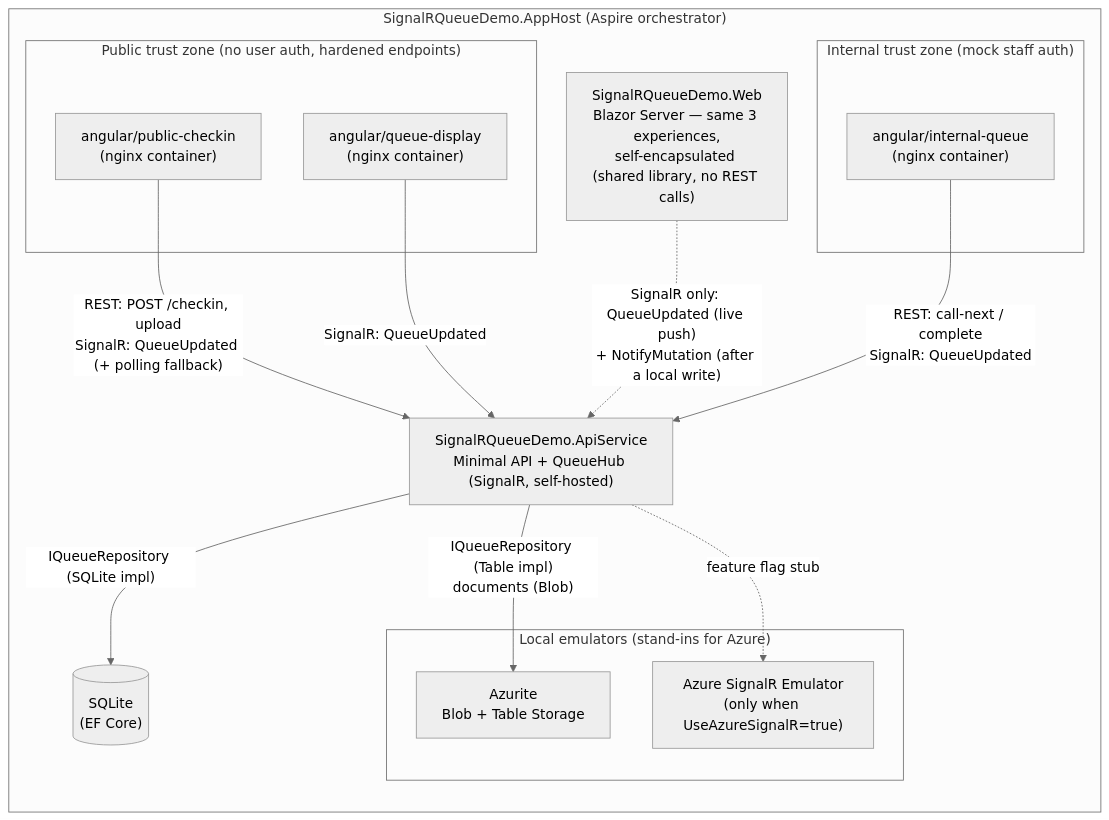
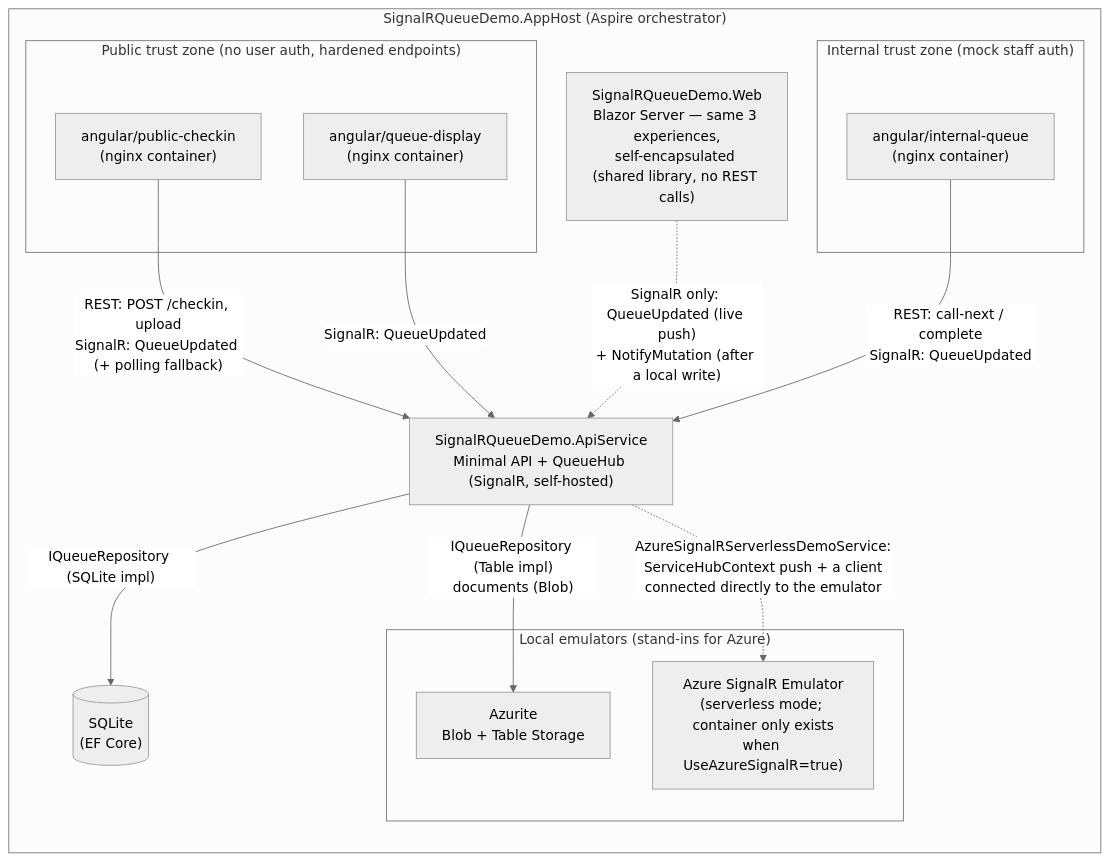
Before and after one commit to glensouza/signalr-queue-demo: the first of 2 diagrams in docs/architecture.md, drawn with Mermaid (neutral theme). The commit also changed other lines of this file and 11 other files, not shown here.

First line of the commit message:
UseAzureSignalR feature flag: default-mode stub + serverless emulator round-trip

````diff
--- a/docs/architecture.md
+++ b/docs/architecture.md
@@ -9,34 +9,34 @@
 ```mermaid
 flowchart TB
     subgraph AppHost["SignalRQueueDemo.AppHost (Aspire orchestrator)"]
         direction TB
 
         subgraph public["Public trust zone (no user auth, hardened endpoints)"]
             checkin["angular/public-checkin<br/>(nginx container)"]
             display["angular/queue-display<br/>(nginx container)"]
         end
 
         subgraph internal["Internal trust zone (mock staff auth)"]
             staff["angular/internal-queue<br/>(nginx container)"]
         end
 
         blazor["SignalRQueueDemo.Web<br/>Blazor Server — same 3 experiences,<br/>self-encapsulated (shared library, no REST calls)"]
 
         api["SignalRQueueDemo.ApiService<br/>Minimal API + QueueHub (SignalR, self-hosted)"]
 
         subgraph emulators["Local emulators (stand-ins for Azure)"]
             azurite["Azurite<br/>Blob + Table Storage"]
-            sigemu["Azure SignalR Emulator<br/>(only when UseAzureSignalR=true)"]
+            sigemu["Azure SignalR Emulator<br/>(serverless mode; container only exists<br/>when UseAzureSignalR=true)"]
         end
 
         sqlite[("SQLite<br/>(EF Core)")]
     end
 
     checkin -- "REST: POST /checkin, upload<br/>SignalR: QueueUpdated (+ polling fallback)" --> api
     staff -- "REST: call-next / complete<br/>SignalR: QueueUpdated" --> api
     display -- "SignalR: QueueUpdated" --> api
     blazor -. "SignalR only: QueueUpdated (live push)<br/>+ NotifyMutation (after a local write)" .-> api
     api -- "IQueueRepository (SQLite impl)" --> sqlite
     api -- "IQueueRepository (Table impl)<br/>documents (Blob)" --> azurite
-    api -. "feature flag stub" .-> sigemu
+    api -. "AzureSignalRServerlessDemoService:<br/>ServiceHubContext push + a client<br/>connected directly to the emulator" .-> sigemu
 ```
````
